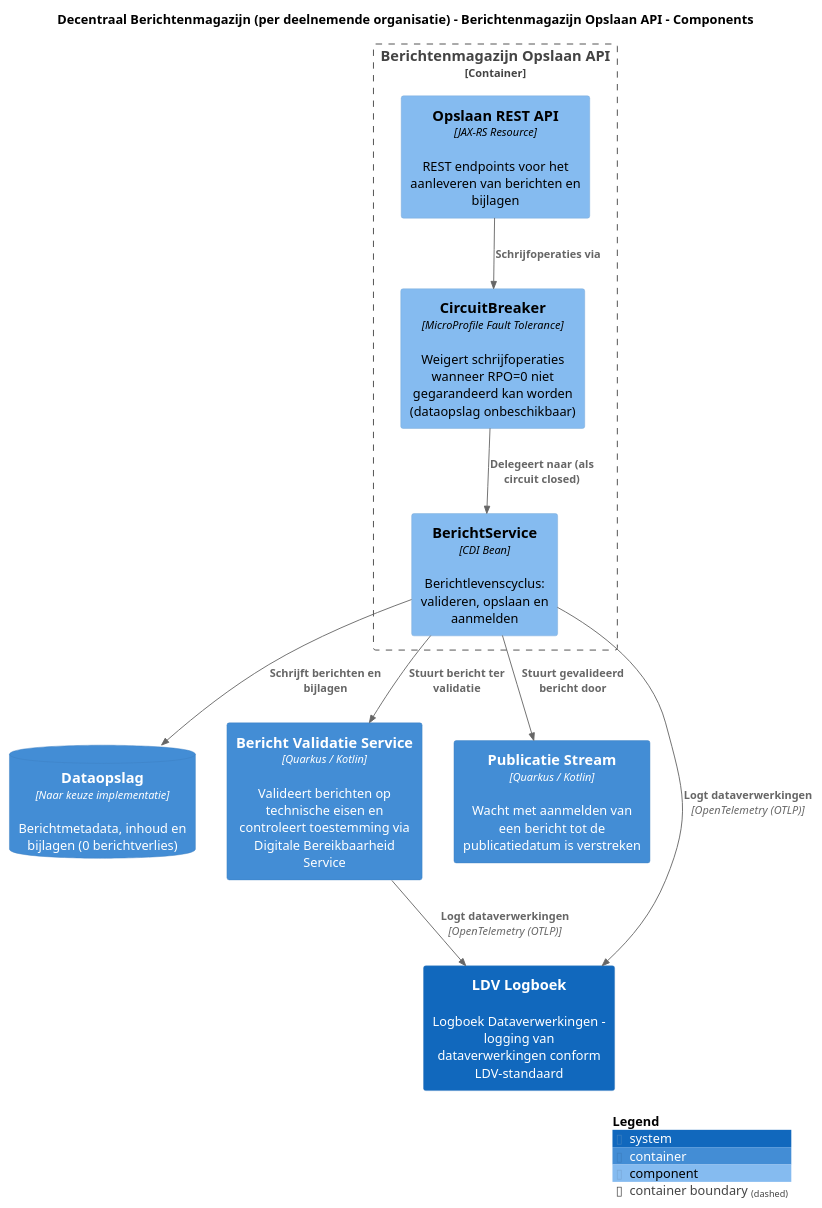
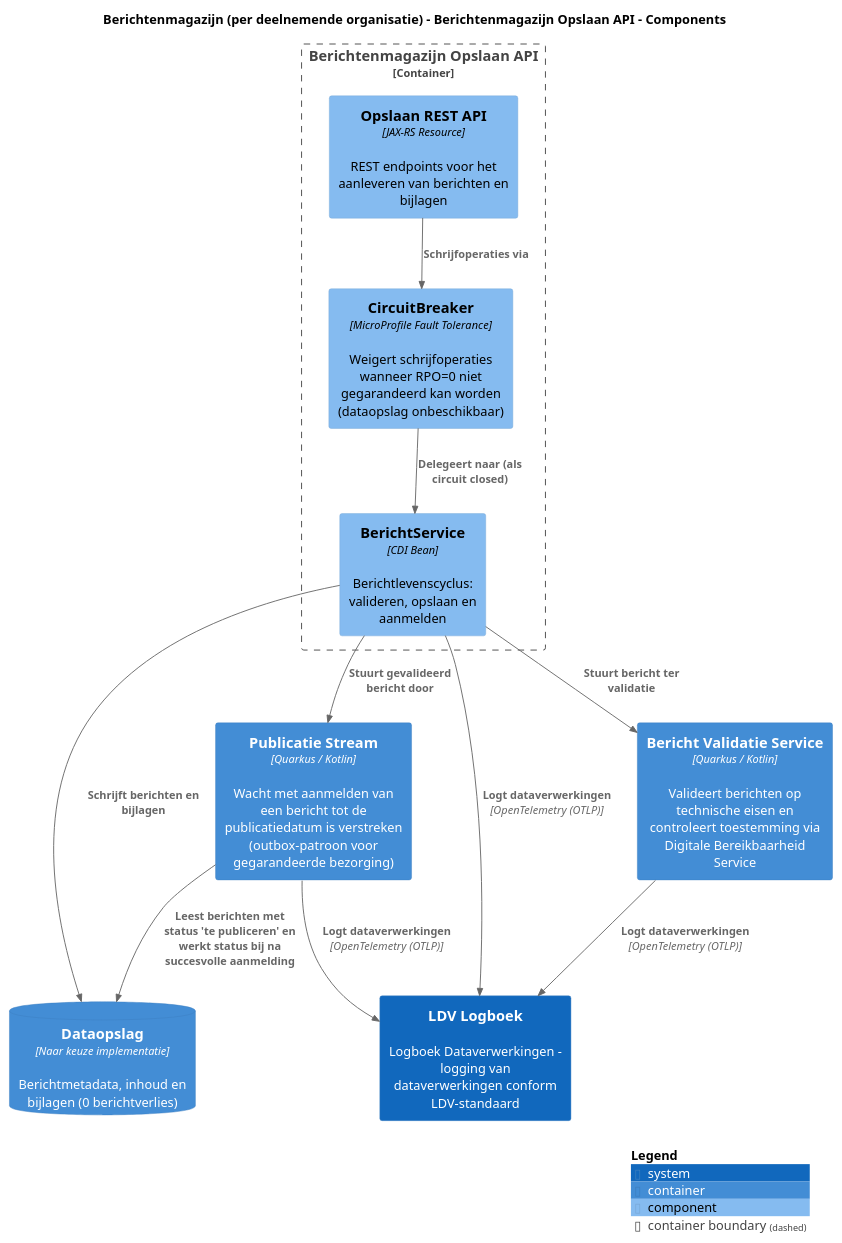
One commit to MinBZK/moza-poc-fbs-berichtenbox changed the diagram in pr-preview/pr-16/master/puml/OpslaanAPIComponenten.puml. Above: the diagram before and after it, drawn with PlantUML. The commit also changed 122 other files, not shown here.

```diff
--- a/pr-preview/pr-16/master/puml/OpslaanAPIComponenten.puml
+++ b/pr-preview/pr-16/master/puml/OpslaanAPIComponenten.puml
@@ -1,32 +1,34 @@
 @startuml
 set separator none
-title Decentraal Berichtenmagazijn (per deelnemende organisatie) - Berichtenmagazijn Opslaan API - Components
+title Berichtenmagazijn (per deelnemende organisatie) - Berichtenmagazijn Opslaan API - Components
 
 top to bottom direction
 
 !include <C4/C4>
 !include <C4/C4_Context>
 !include <C4/C4_Container>
 !include <C4/C4_Component>
 
-ContainerDb(DecentraalBerichtenmagazijnperdeelnemendeorganisatie.Dataopslag, "Dataopslag", $techn="Naar keuze implementatie", $descr="Berichtmetadata, inhoud en bijlagen (0 berichtverlies)", $tags="", $link="")
-Container(DecentraalBerichtenmagazijnperdeelnemendeorganisatie.BerichtValidatieService, "Bericht Validatie Service", $techn="Quarkus / Kotlin", $descr="Valideert berichten op technische eisen en controleert toestemming via Digitale Bereikbaarheid Service", $tags="", $link="")
-Container(DecentraalBerichtenmagazijnperdeelnemendeorganisatie.PublicatieStream, "Publicatie Stream", $techn="Quarkus / Kotlin", $descr="Wacht met aanmelden van een bericht tot de publicatiedatum is verstreken", $tags="", $link="")
+ContainerDb(Berichtenmagazijnperdeelnemendeorganisatie.Dataopslag, "Dataopslag", $techn="Naar keuze implementatie", $descr="Berichtmetadata, inhoud en bijlagen (0 berichtverlies)", $tags="", $link="")
+Container(Berichtenmagazijnperdeelnemendeorganisatie.BerichtValidatieService, "Bericht Validatie Service", $techn="Quarkus / Kotlin", $descr="Valideert berichten op technische eisen en controleert toestemming via Digitale Bereikbaarheid Service", $tags="", $link="")
+Container(Berichtenmagazijnperdeelnemendeorganisatie.PublicatieStream, "Publicatie Stream", $techn="Quarkus / Kotlin", $descr="Wacht met aanmelden van een bericht tot de publicatiedatum is verstreken (outbox-patroon voor gegarandeerde bezorging)", $tags="", $link="")
 System(LDVLogboek, "LDV Logboek", $descr="Logboek Dataverwerkingen - logging van dataverwerkingen conform LDV-standaard", $tags="", $link="")
 
-Container_Boundary("DecentraalBerichtenmagazijnperdeelnemendeorganisatie.BerichtenmagazijnOpslaanAPI_boundary", "Berichtenmagazijn Opslaan API", $tags="") {
-  Component(DecentraalBerichtenmagazijnperdeelnemendeorganisatie.BerichtenmagazijnOpslaanAPI.OpslaanRESTAPI, "Opslaan REST API", $techn="JAX-RS Resource", $descr="REST endpoints voor het aanleveren van berichten en bijlagen", $tags="", $link="")
-  Component(DecentraalBerichtenmagazijnperdeelnemendeorganisatie.BerichtenmagazijnOpslaanAPI.CircuitBreaker, "CircuitBreaker", $techn="MicroProfile Fault Tolerance", $descr="Weigert schrijfoperaties wanneer RPO=0 niet gegarandeerd kan worden (dataopslag onbeschikbaar)", $tags="", $link="")
-  Component(DecentraalBerichtenmagazijnperdeelnemendeorganisatie.BerichtenmagazijnOpslaanAPI.BerichtService, "BerichtService", $techn="CDI Bean", $descr="Berichtlevenscyclus: valideren, opslaan en aanmelden", $tags="", $link="")
+Container_Boundary("Berichtenmagazijnperdeelnemendeorganisatie.BerichtenmagazijnOpslaanAPI_boundary", "Berichtenmagazijn Opslaan API", $tags="") {
+  Component(Berichtenmagazijnperdeelnemendeorganisatie.BerichtenmagazijnOpslaanAPI.OpslaanRESTAPI, "Opslaan REST API", $techn="JAX-RS Resource", $descr="REST endpoints voor het aanleveren van berichten en bijlagen", $tags="", $link="")
+  Component(Berichtenmagazijnperdeelnemendeorganisatie.BerichtenmagazijnOpslaanAPI.CircuitBreaker, "CircuitBreaker", $techn="MicroProfile Fault Tolerance", $descr="Weigert schrijfoperaties wanneer RPO=0 niet gegarandeerd kan worden (dataopslag onbeschikbaar)", $tags="", $link="")
+  Component(Berichtenmagazijnperdeelnemendeorganisatie.BerichtenmagazijnOpslaanAPI.BerichtService, "BerichtService", $techn="CDI Bean", $descr="Berichtlevenscyclus: valideren, opslaan en aanmelden", $tags="", $link="")
 }
 
-Rel(DecentraalBerichtenmagazijnperdeelnemendeorganisatie.BerichtenmagazijnOpslaanAPI.BerichtService, LDVLogboek, "Logt dataverwerkingen", $techn="OpenTelemetry (OTLP)", $tags="", $link="")
-Rel(DecentraalBerichtenmagazijnperdeelnemendeorganisatie.BerichtValidatieService, LDVLogboek, "Logt dataverwerkingen", $techn="OpenTelemetry (OTLP)", $tags="", $link="")
-Rel(DecentraalBerichtenmagazijnperdeelnemendeorganisatie.BerichtenmagazijnOpslaanAPI.OpslaanRESTAPI, DecentraalBerichtenmagazijnperdeelnemendeorganisatie.BerichtenmagazijnOpslaanAPI.CircuitBreaker, "Schrijfoperaties via", $techn="", $tags="", $link="")
-Rel(DecentraalBerichtenmagazijnperdeelnemendeorganisatie.BerichtenmagazijnOpslaanAPI.CircuitBreaker, DecentraalBerichtenmagazijnperdeelnemendeorganisatie.BerichtenmagazijnOpslaanAPI.BerichtService, "Delegeert naar (als circuit closed)", $techn="", $tags="", $link="")
-Rel(DecentraalBerichtenmagazijnperdeelnemendeorganisatie.BerichtenmagazijnOpslaanAPI.BerichtService, DecentraalBerichtenmagazijnperdeelnemendeorganisatie.Dataopslag, "Schrijft berichten en bijlagen", $techn="", $tags="", $link="")
-Rel(DecentraalBerichtenmagazijnperdeelnemendeorganisatie.BerichtenmagazijnOpslaanAPI.BerichtService, DecentraalBerichtenmagazijnperdeelnemendeorganisatie.BerichtValidatieService, "Stuurt bericht ter validatie", $techn="", $tags="", $link="")
-Rel(DecentraalBerichtenmagazijnperdeelnemendeorganisatie.BerichtenmagazijnOpslaanAPI.BerichtService, DecentraalBerichtenmagazijnperdeelnemendeorganisatie.PublicatieStream, "Stuurt gevalideerd bericht door", $techn="", $tags="", $link="")
+Rel(Berichtenmagazijnperdeelnemendeorganisatie.BerichtValidatieService, LDVLogboek, "Logt dataverwerkingen", $techn="OpenTelemetry (OTLP)", $tags="", $link="")
+Rel(Berichtenmagazijnperdeelnemendeorganisatie.PublicatieStream, LDVLogboek, "Logt dataverwerkingen", $techn="OpenTelemetry (OTLP)", $tags="", $link="")
+Rel(Berichtenmagazijnperdeelnemendeorganisatie.BerichtenmagazijnOpslaanAPI.OpslaanRESTAPI, Berichtenmagazijnperdeelnemendeorganisatie.BerichtenmagazijnOpslaanAPI.CircuitBreaker, "Schrijfoperaties via", $techn="", $tags="", $link="")
+Rel(Berichtenmagazijnperdeelnemendeorganisatie.BerichtenmagazijnOpslaanAPI.CircuitBreaker, Berichtenmagazijnperdeelnemendeorganisatie.BerichtenmagazijnOpslaanAPI.BerichtService, "Delegeert naar (als circuit closed)", $techn="", $tags="", $link="")
+Rel(Berichtenmagazijnperdeelnemendeorganisatie.BerichtenmagazijnOpslaanAPI.BerichtService, Berichtenmagazijnperdeelnemendeorganisatie.Dataopslag, "Schrijft berichten en bijlagen", $techn="", $tags="", $link="")
+Rel(Berichtenmagazijnperdeelnemendeorganisatie.BerichtenmagazijnOpslaanAPI.BerichtService, Berichtenmagazijnperdeelnemendeorganisatie.BerichtValidatieService, "Stuurt bericht ter validatie", $techn="", $tags="", $link="")
+Rel(Berichtenmagazijnperdeelnemendeorganisatie.BerichtenmagazijnOpslaanAPI.BerichtService, Berichtenmagazijnperdeelnemendeorganisatie.PublicatieStream, "Stuurt gevalideerd bericht door", $techn="", $tags="", $link="")
+Rel(Berichtenmagazijnperdeelnemendeorganisatie.PublicatieStream, Berichtenmagazijnperdeelnemendeorganisatie.Dataopslag, "Leest berichten met status 'te publiceren' en werkt status bij na succesvolle aanmelding", $techn="", $tags="", $link="")
+Rel(Berichtenmagazijnperdeelnemendeorganisatie.BerichtenmagazijnOpslaanAPI.BerichtService, LDVLogboek, "Logt dataverwerkingen", $techn="OpenTelemetry (OTLP)", $tags="", $link="")
 
 SHOW_LEGEND(true)
 @enduml
```
